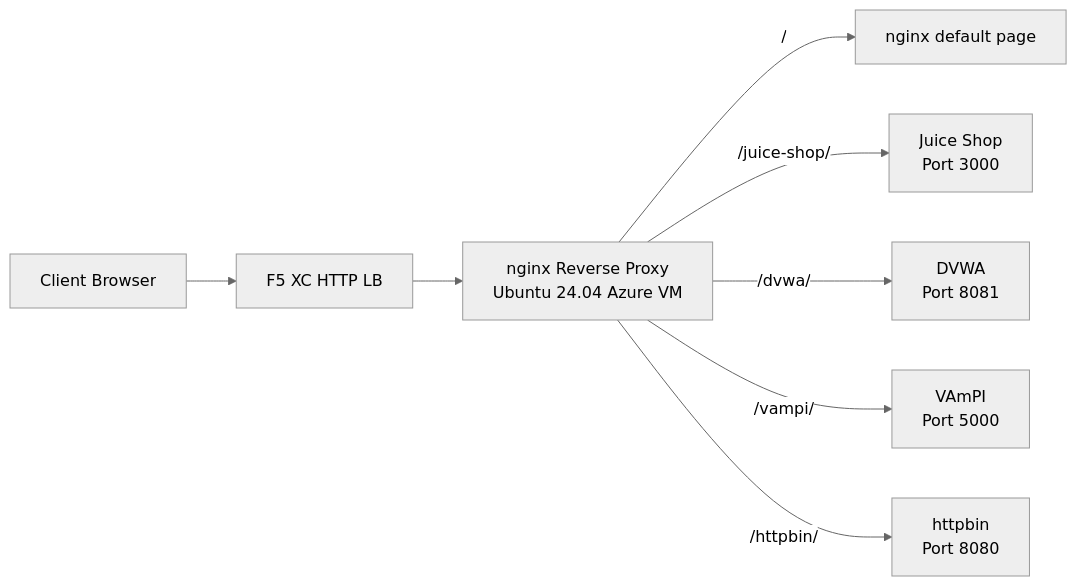
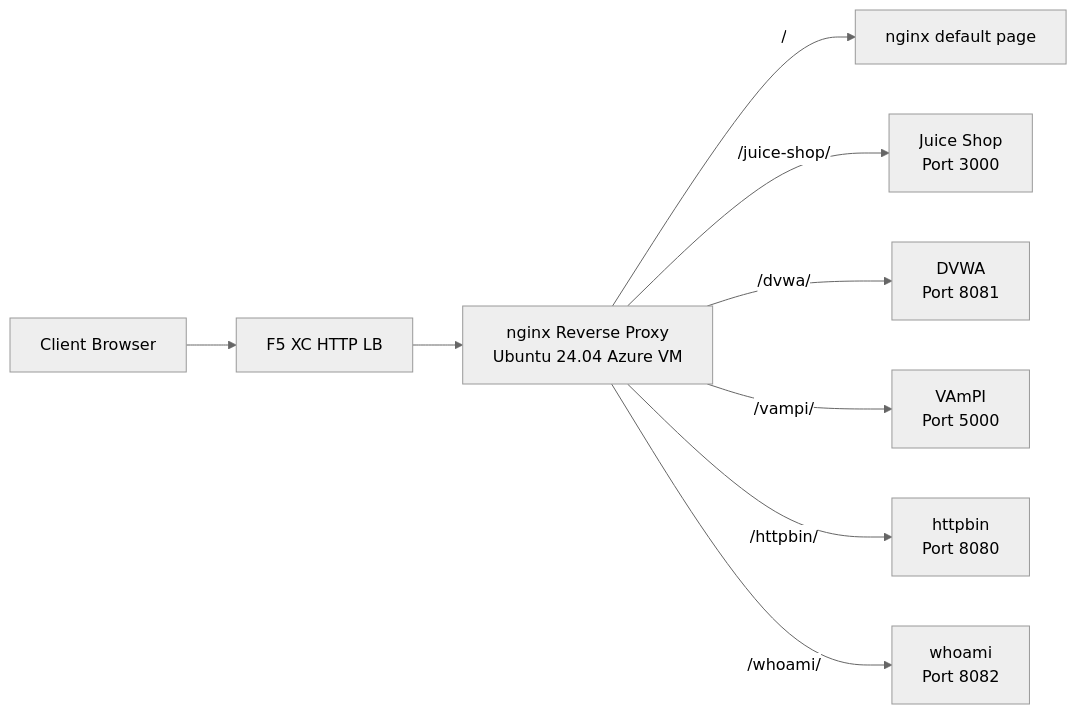
The diagram in docs/01-architecture.mdx (f5-sales-demo/origin-server), drawn with Mermaid (neutral theme) before and after one commit. The commit also changed other lines of this file and 5 other files, not shown here.

````diff
--- a/docs/01-architecture.mdx
+++ b/docs/01-architecture.mdx
@@ -22,10 +22,11 @@
 ```mermaid
 graph LR
     Client[Client Browser] --> XCHLB[F5 XC HTTP LB]
     XCHLB --> NGINX[nginx Reverse Proxy<br/>Ubuntu 24.04 Azure VM]
     NGINX --> |/| DEFAULT[nginx default page]
     NGINX --> |/juice-shop/| JS[Juice Shop<br/>Port 3000]
     NGINX --> |/dvwa/| DVWA[DVWA<br/>Port 8081]
     NGINX --> |/vampi/| VAMPI[VAmPI<br/>Port 5000]
     NGINX --> |/httpbin/| HTTPBIN[httpbin<br/>Port 8080]
+    NGINX --> |/whoami/| WHOAMI[whoami<br/>Port 8082]
 ```
````
